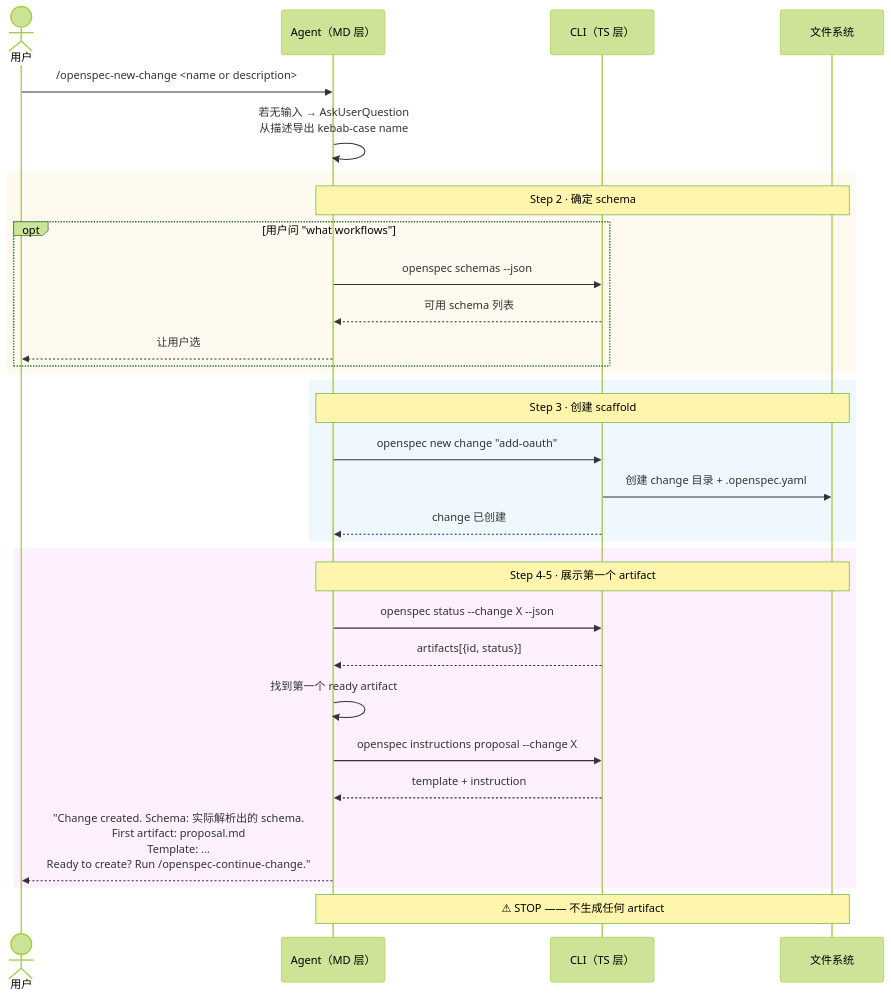
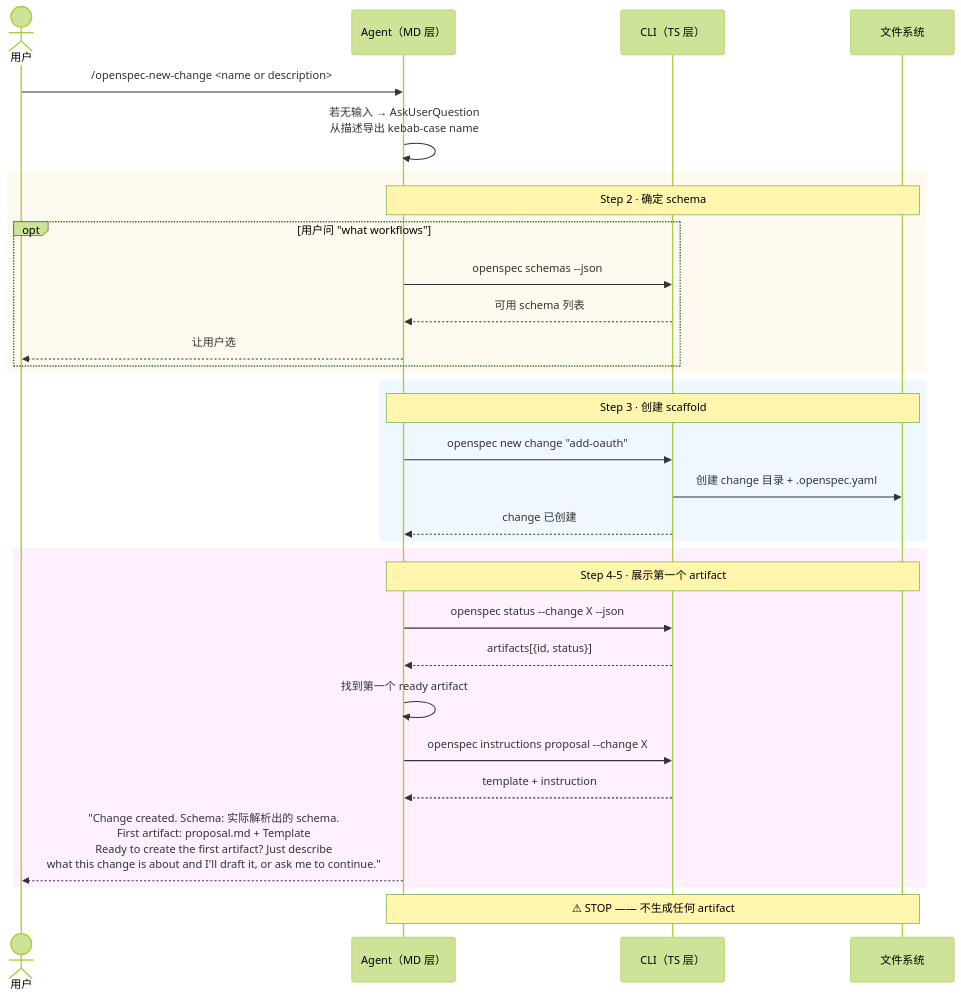
One commit to ethan-jiang-3/OpenSpec changed the diagram in _digested/workflows/03-new.md. Above: the diagram before and after it, drawn with Mermaid (forest theme). The commit also changed other lines of this file and 190 other files, not shown here.

````diff
--- a/_digested/workflows/03-new.md
+++ b/_digested/workflows/03-new.md
@@ -39,38 +39,38 @@
 ```mermaid
 sequenceDiagram
     actor User as 用户
     participant MD as Agent（MD 层）
     participant TS as CLI（TS 层）
     participant FS as 文件系统
 
     User->>MD: /openspec-new-change <name or description>
     MD->>MD: 若无输入 → AskUserQuestion<br/>从描述导出 kebab-case name
 
     rect rgb(255, 250, 240)
         Note over MD,FS: Step 2 · 确定 schema
         opt 用户问 "what workflows"
             MD->>TS: openspec schemas --json
             TS-->>MD: 可用 schema 列表
             MD-->>User: 让用户选
         end
     end
 
     rect rgb(240, 248, 255)
         Note over MD,FS: Step 3 · 创建 scaffold
         MD->>TS: openspec new change "add-oauth"
         TS->>FS: 创建 change 目录 + .openspec.yaml
         TS-->>MD: change 已创建
     end
 
     rect rgb(255, 240, 255)
         Note over MD,FS: Step 4-5 · 展示第一个 artifact
         MD->>TS: openspec status --change X --json
         TS-->>MD: artifacts[{id, status}]
         MD->>MD: 找到第一个 ready artifact
         MD->>TS: openspec instructions proposal --change X
         TS-->>MD: template + instruction
-        MD-->>User: "Change created. Schema: 实际解析出的 schema.<br/>First artifact: proposal.md<br/>Template: …<br/>Ready to create? Run /openspec-continue-change."
+        MD-->>User: "Change created. Schema: 实际解析出的 schema.<br/>First artifact: proposal.md + Template<br/>Ready to create the first artifact? Just describe<br/>what this change is about and I'll draft it, or ask me to continue."
     end
 
     Note over MD,FS: ⚠ STOP —— 不生成任何 artifact
 ```
````
